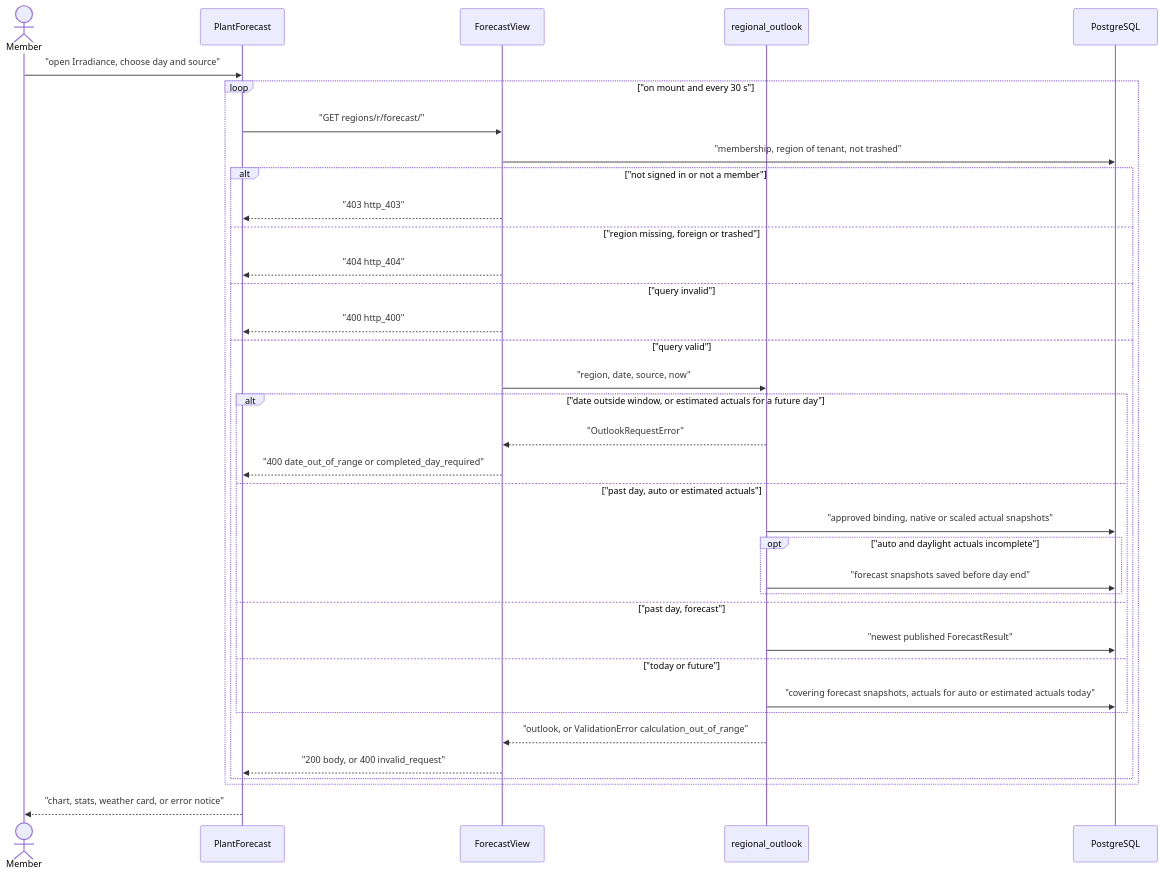
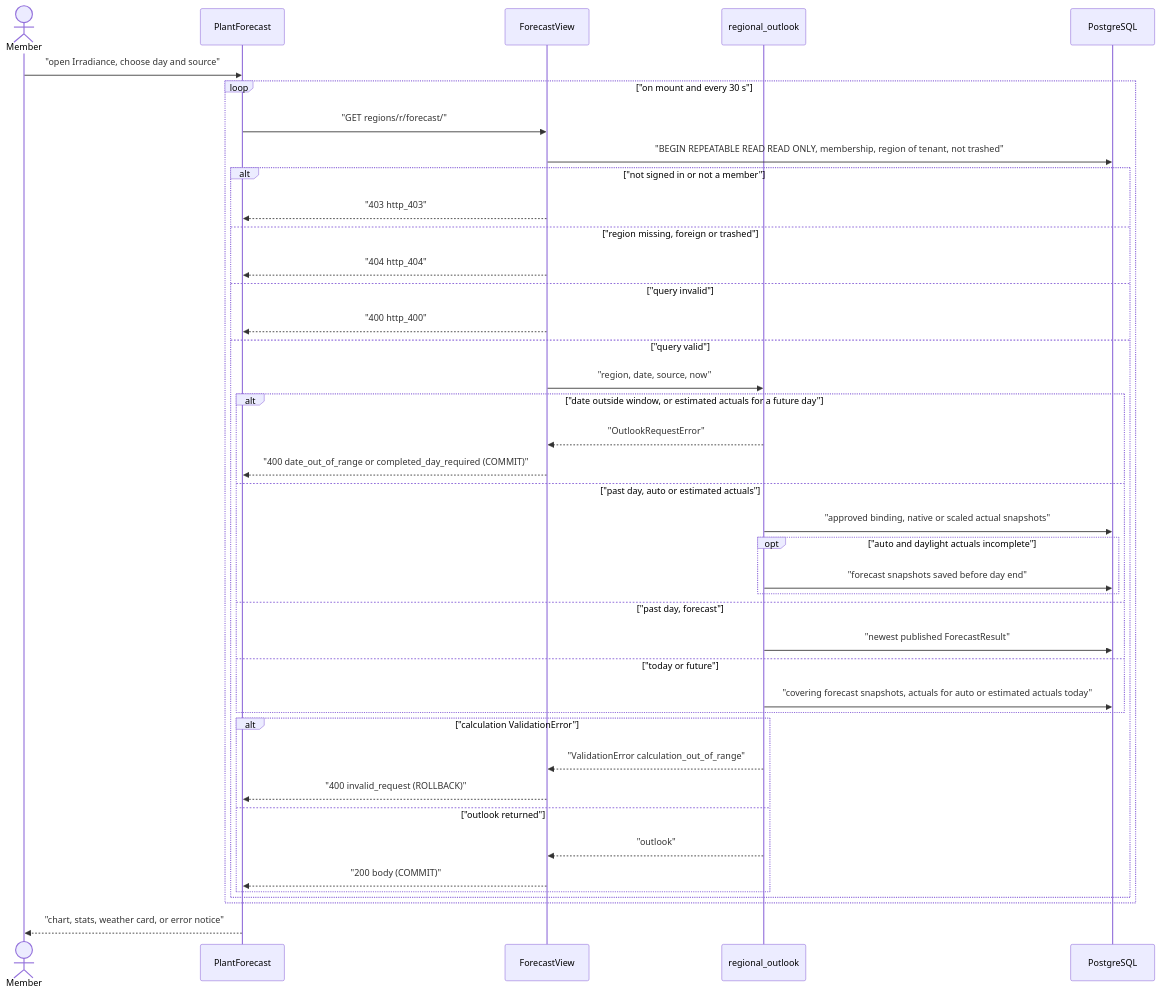
The diagram in docs/flows/irradiance-forecast-view.md (erkurtharun/pyracast), drawn with Mermaid before and after one commit. The commit also changed other lines of this file and 16 other files, not shown here.

First line of the commit message:
Read forecasts on one read-only snapshot without row locks (#26)

````diff
--- a/docs/flows/irradiance-forecast-view.md
+++ b/docs/flows/irradiance-forecast-view.md
@@ -12,38 +12,43 @@
 ```mermaid
 sequenceDiagram
     actor U as Member
     participant P as PlantForecast
     participant V as ForecastView
     participant O as regional_outlook
     participant DB as PostgreSQL
     U->>P: "open Irradiance, choose day and source"
     loop "on mount and every 30 s"
         P->>V: "GET regions/r/forecast/"
-        V->>DB: "membership, region of tenant, not trashed"
+        V->>DB: "BEGIN REPEATABLE READ READ ONLY, membership, region of tenant, not trashed"
         alt "not signed in or not a member"
             V-->>P: "403 http_403"
         else "region missing, foreign or trashed"
             V-->>P: "404 http_404"
         else "query invalid"
             V-->>P: "400 http_400"
         else "query valid"
             V->>O: "region, date, source, now"
             alt "date outside window, or estimated actuals for a future day"
                 O-->>V: "OutlookRequestError"
-                V-->>P: "400 date_out_of_range or completed_day_required"
+                V-->>P: "400 date_out_of_range or completed_day_required (COMMIT)"
             else "past day, auto or estimated actuals"
                 O->>DB: "approved binding, native or scaled actual snapshots"
                 opt "auto and daylight actuals incomplete"
                     O->>DB: "forecast snapshots saved before day end"
                 end
             else "past day, forecast"
                 O->>DB: "newest published ForecastResult"
             else "today or future"
                 O->>DB: "covering forecast snapshots, actuals for auto or estimated actuals today"
             end
-            O-->>V: "outlook, or ValidationError calculation_out_of_range"
-            V-->>P: "200 body, or 400 invalid_request"
+            alt "calculation ValidationError"
+                O-->>V: "ValidationError calculation_out_of_range"
+                V-->>P: "400 invalid_request (ROLLBACK)"
+            else "outlook returned"
+                O-->>V: "outlook"
+                V-->>P: "200 body (COMMIT)"
+            end
         end
     end
     P-->>U: "chart, stats, weather card, or error notice"
 ```
````
